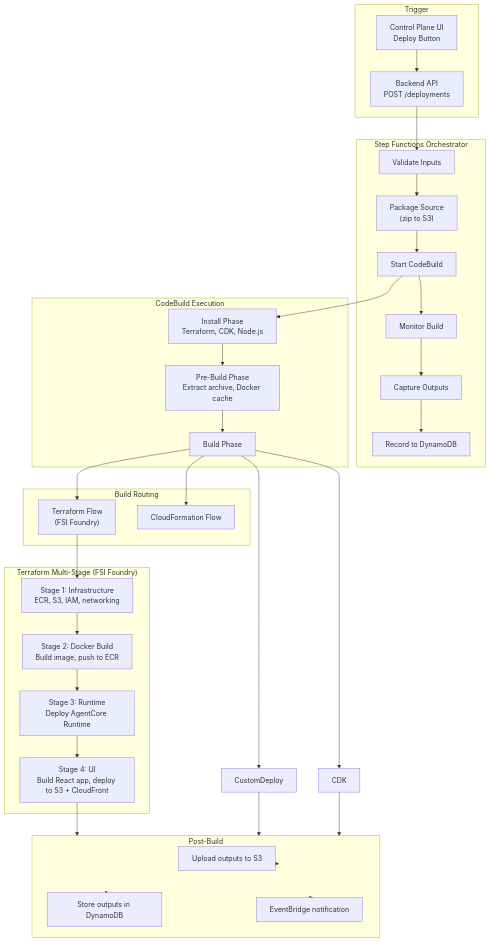
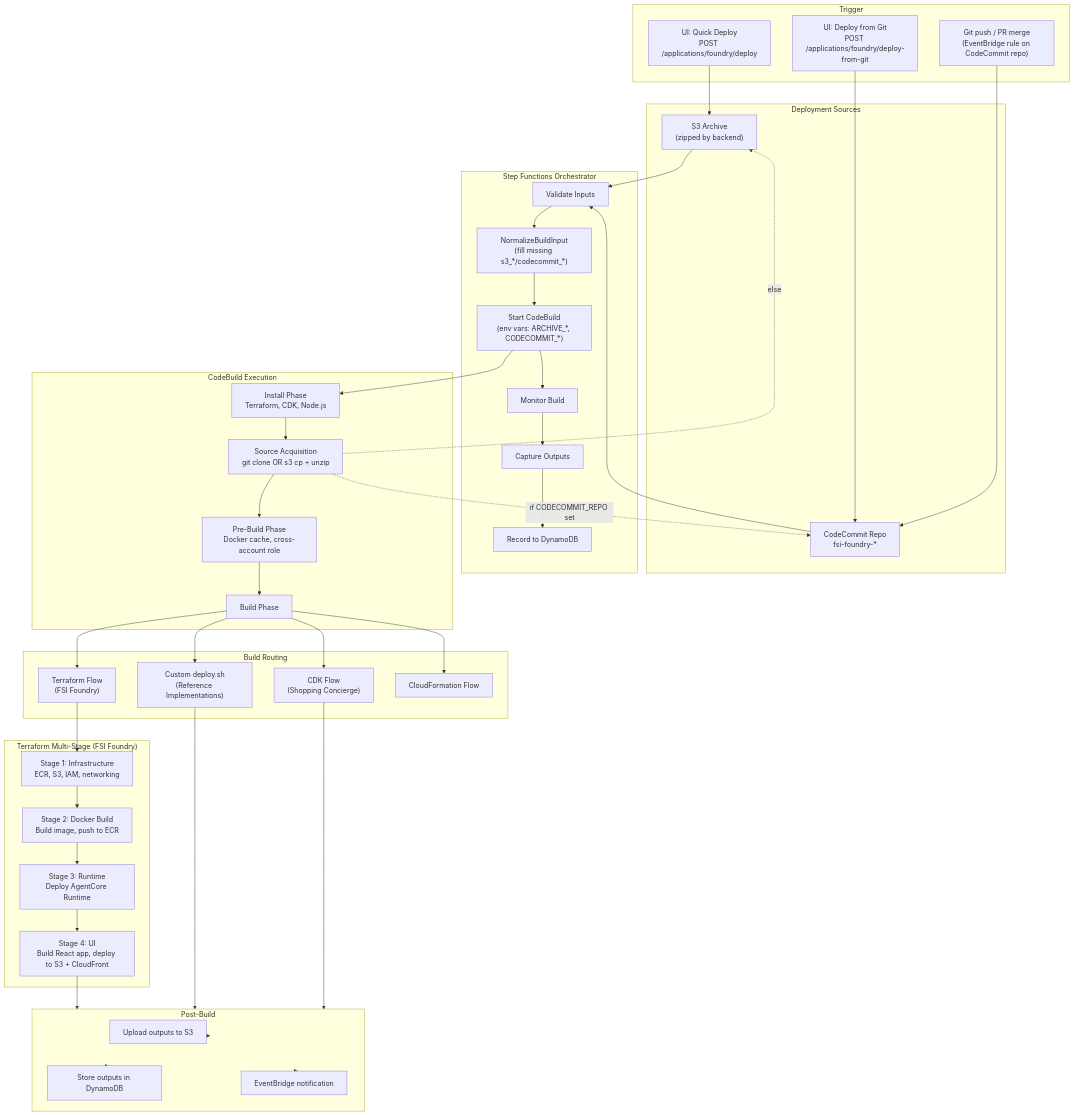
Before and after one commit to cevoaustralia/sample-agentic-value-accelerator: the first of 3 diagrams in platform/docs/architecture/cicd-pipeline.md, drawn with Mermaid. The commit also changed other lines of this file and 12 other files, not shown here.

First line of the commit message:
docs: v2.0 READMEs, architecture docs, and project-wide gitignore

````diff
--- a/platform/docs/architecture/cicd-pipeline.md
+++ b/platform/docs/architecture/cicd-pipeline.md
@@ -7,60 +7,78 @@
 ```mermaid
 flowchart TB
     subgraph Trigger["Trigger"]
-        UI["Control Plane UI<br/>Deploy Button"]
-        API["Backend API<br/>POST /deployments"]
+        UI_S3["UI: Quick Deploy<br/>POST /applications/foundry/deploy"]
+        UI_Git["UI: Deploy from Git<br/>POST /applications/foundry/deploy-from-git"]
+        GitPush["Git push / PR merge<br/>(EventBridge rule on CodeCommit repo)"]
+    end
+
+    subgraph Sources["Deployment Sources"]
+        S3Src["S3 Archive<br/>(zipped by backend)"]
+        CC["CodeCommit Repo<br/>fsi-foundry-*"]
     end
 
     subgraph Orchestration["Step Functions Orchestrator"]
         Validate["Validate Inputs"]
-        Package["Package Source<br/>(zip to S3)"]
-        Build["Start CodeBuild"]
+        Normalize["NormalizeBuildInput<br/>(fill missing s3_*/codecommit_*)"]
+        Build["Start CodeBuild<br/>(env vars: ARCHIVE_*, CODECOMMIT_*)"]
         Monitor["Monitor Build"]
         Capture["Capture Outputs"]
         Record["Record to DynamoDB"]
     end
 
-    subgraph CodeBuild["CodeBuild Execution"]
+    subgraph CodeBuildExec["CodeBuild Execution"]
         Install["Install Phase<br/>Terraform, CDK, Node.js"]
-        PreBuild["Pre-Build Phase<br/>Extract archive, Docker cache"]
+        SourceAcq["Source Acquisition<br/>git clone OR s3 cp + unzip"]
+        PreBuild["Pre-Build Phase<br/>Docker cache, cross-account role"]
         BuildPhase["Build Phase"]
     end
 
     subgraph BuildTypes["Build Routing"]
+        CustomDeploy["Custom deploy.sh<br/>(Reference Implementations)"]
         Terraform["Terraform Flow<br/>(FSI Foundry)"]
+        CDK["CDK Flow<br/>(Shopping Concierge)"]
         CFN["CloudFormation Flow"]
     end
 
     subgraph TerraformStages["Terraform Multi-Stage (FSI Foundry)"]
         Stage1["Stage 1: Infrastructure<br/>ECR, S3, IAM, networking"]
         Stage2["Stage 2: Docker Build<br/>Build image, push to ECR"]
         Stage3["Stage 3: Runtime<br/>Deploy AgentCore Runtime"]
         Stage4["Stage 4: UI<br/>Build React app, deploy to S3 + CloudFront"]
     end
 
     subgraph PostBuild["Post-Build"]
         S3Out["Upload outputs to S3"]
         DDBOut["Store outputs in DynamoDB"]
         Events["EventBridge notification"]
     end
 
-    UI --> API --> Validate
-    Validate --> Package --> Build --> Monitor
+    UI_S3 --> S3Src
+    UI_Git --> CC
+    GitPush --> CC
+
+    S3Src --> Validate
+    CC --> Validate
+    Validate --> Normalize --> Build --> Monitor
     Monitor --> Capture --> Record
 
-    Build --> Install --> PreBuild --> BuildPhase
+    Build --> Install --> SourceAcq --> PreBuild --> BuildPhase
+
+    SourceAcq -.->|"if CODECOMMIT_REPO set"| CC
+    SourceAcq -.->|"else"| S3Src
+
     BuildPhase --> CustomDeploy
     BuildPhase --> Terraform
     BuildPhase --> CDK
     BuildPhase --> CFN
 
     Terraform --> Stage1 --> Stage2 --> Stage3 --> Stage4
 
     Stage4 --> PostBuild
     CustomDeploy --> PostBuild
     CDK --> PostBuild
 
     PostBuild --> S3Out
     PostBuild --> DDBOut
     PostBuild --> Events
 ```
````
